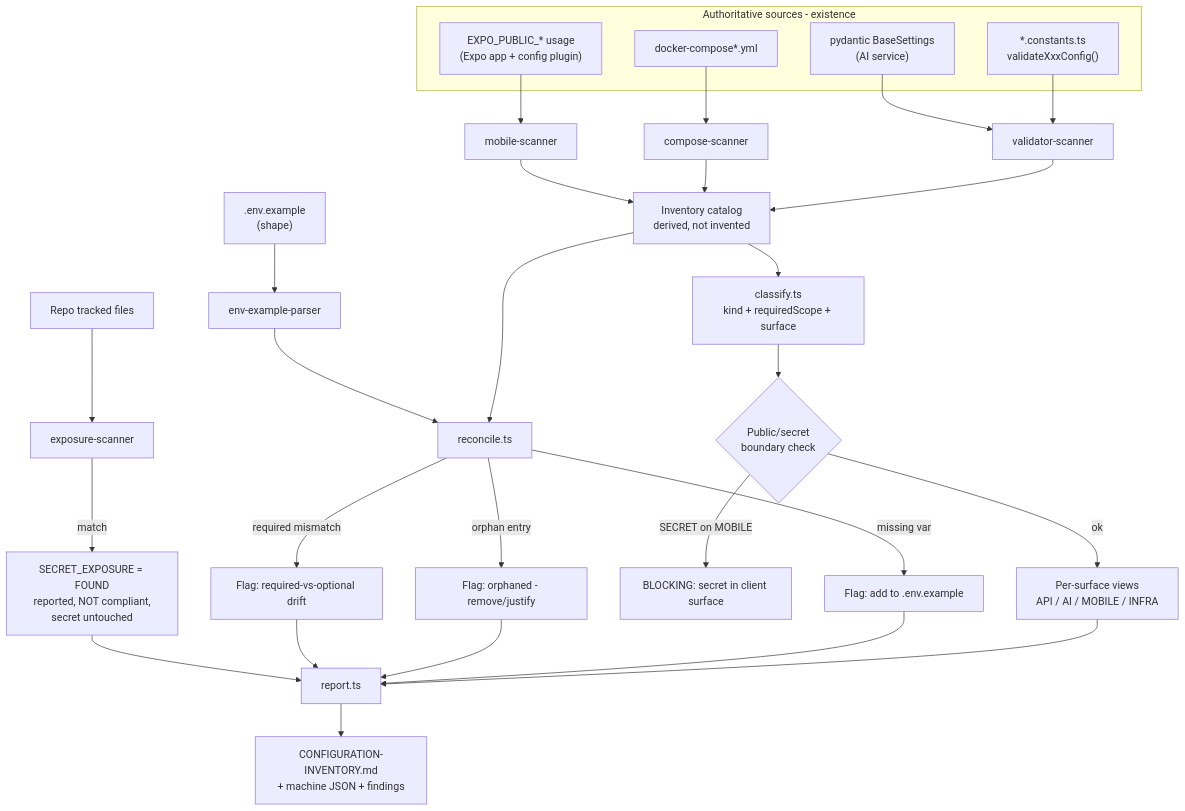
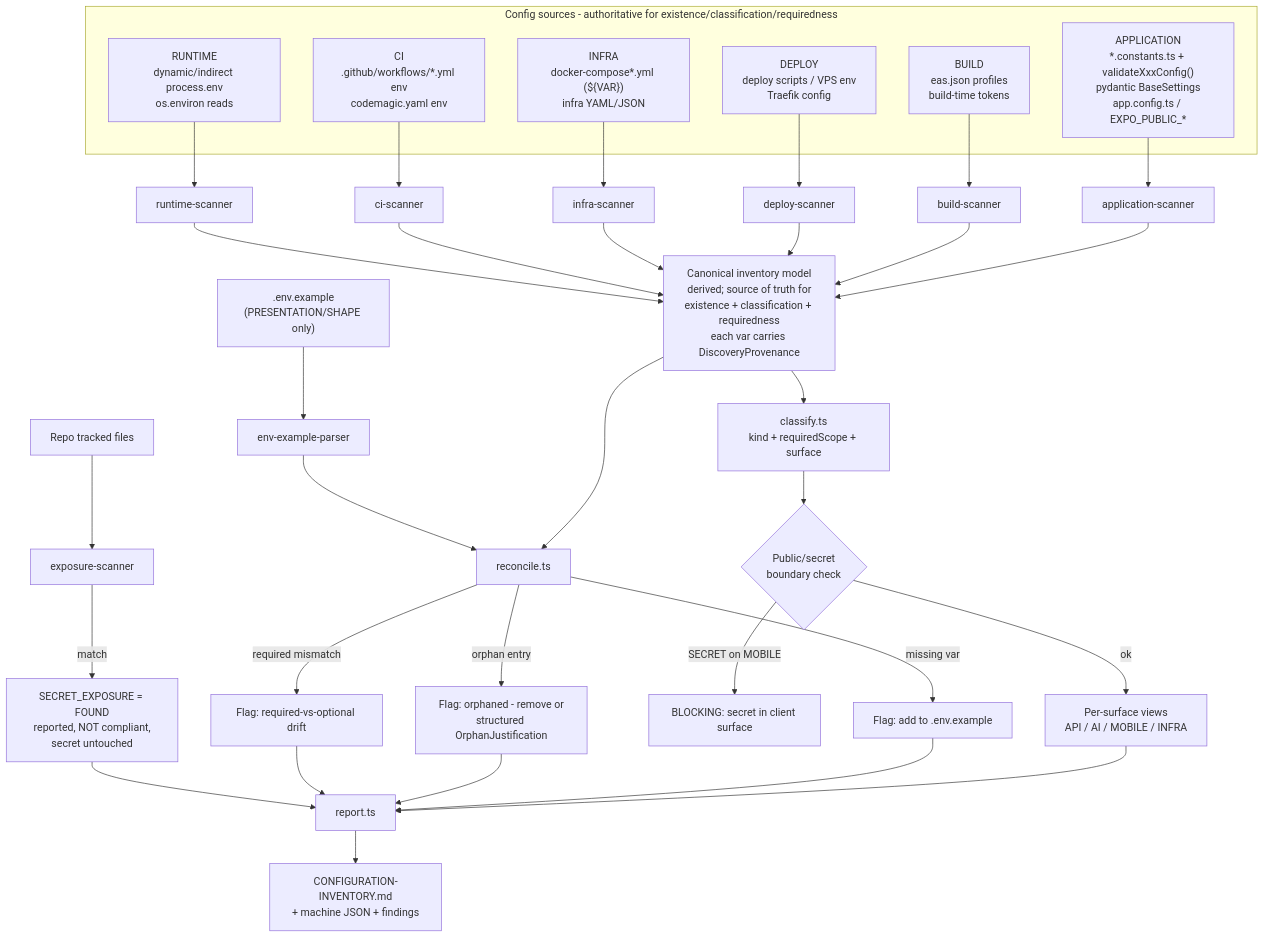
One commit to Sebastiandg007/bidclean changed the diagram in .kiro/specs/secrets-inventory/design.md. Above: the diagram before and after it, drawn with Mermaid. The commit also changed other lines of this file, not shown here.

Commit message:
docs(docs): refine secrets-inventory design per review feedback

````diff
--- a/.kiro/specs/secrets-inventory/design.md
+++ b/.kiro/specs/secrets-inventory/design.md
@@ -64,42 +91,49 @@
 ```mermaid
 flowchart TD
-    subgraph SOURCES[Authoritative sources - existence]
-        V["*.constants.ts<br/>validateXxxConfig()"]
-        P["pydantic BaseSettings<br/>(AI service)"]
-        C["docker-compose*.yml"]
-        M["EXPO_PUBLIC_* usage<br/>(Expo app + config plugin)"]
+    subgraph SOURCES[Config sources - authoritative for existence/classification/requiredness]
+        APP["APPLICATION<br/>*.constants.ts + validateXxxConfig()<br/>pydantic BaseSettings<br/>app.config.ts / EXPO_PUBLIC_*"]
+        BLD["BUILD<br/>eas.json profiles<br/>build-time tokens"]
+        DEP["DEPLOY<br/>deploy scripts / VPS env<br/>Traefik config"]
+        INF["INFRA<br/>docker-compose*.yml (${VAR})<br/>infra YAML/JSON"]
+        CI["CI<br/>.github/workflows/*.yml env<br/>codemagic.yaml env"]
+        RT["RUNTIME<br/>dynamic/indirect process.env<br/>os.environ reads"]
     end
 
-    V --> SCAN[validator-scanner]
-    P --> SCAN
-    C --> COMPOSE[compose-scanner]
-    M --> MOB[mobile-scanner]
+    APP --> SAPP[application-scanner]
+    BLD --> SBLD[build-scanner]
+    DEP --> SDEP[deploy-scanner]
+    INF --> SINF[infra-scanner]
+    CI --> SCI[ci-scanner]
+    RT --> SRT[runtime-scanner]
 
-    SCAN --> INV[Inventory catalog<br/>derived, not invented]
-    COMPOSE --> INV
-    MOB --> INV
+    SAPP --> INV[Canonical inventory model<br/>derived; source of truth for<br/>existence + classification + requiredness<br/>each var carries DiscoveryProvenance]
+    SBLD --> INV
+    SDEP --> INV
+    SINF --> INV
+    SCI --> INV
+    SRT --> INV
 
-    EX[".env.example<br/>(shape)"] --> PARSE[env-example-parser]
+    EX[".env.example<br/>(PRESENTATION/SHAPE only)"] --> PARSE[env-example-parser]
 
     INV --> RECON[reconcile.ts]
     PARSE --> RECON
 
     RECON -->|missing var| ADD["Flag: add to .env.example"]
-    RECON -->|orphan entry| ORPH["Flag: orphaned - remove/justify"]
+    RECON -->|orphan entry| ORPH["Flag: orphaned - remove or<br/>structured OrphanJustification"]
     RECON -->|required mismatch| MIS["Flag: required-vs-optional drift"]
 
     INV --> CLASS[classify.ts<br/>kind + requiredScope + surface]
     CLASS --> BOUND{Public/secret<br/>boundary check}
     BOUND -->|SECRET on MOBILE| LEAK["BLOCKING: secret in client surface"]
     BOUND -->|ok| VIEWS[Per-surface views<br/>API / AI / MOBILE / INFRA]
 
     GIT[Repo tracked files] --> EXPO[exposure-scanner]
     EXPO -->|match| SE["SECRET_EXPOSURE = FOUND<br/>reported, NOT compliant,<br/>secret untouched"]
 
     VIEWS --> REPORT[report.ts]
     ADD --> REPORT
     ORPH --> REPORT
     MIS --> REPORT
     SE --> REPORT
     REPORT --> DOC["CONFIGURATION-INVENTORY.md<br/>+ machine JSON + findings"]
 ```
````
